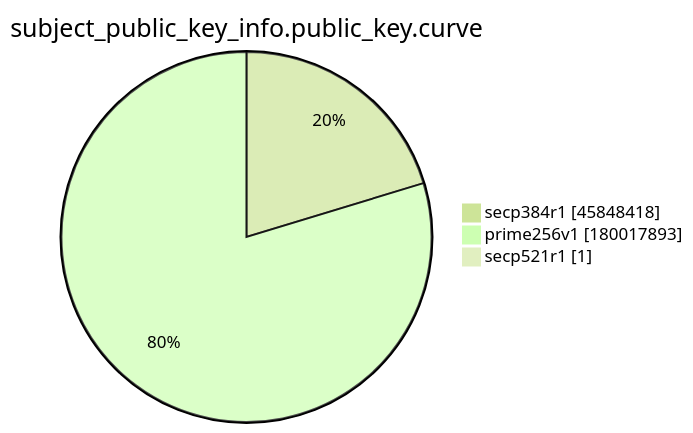
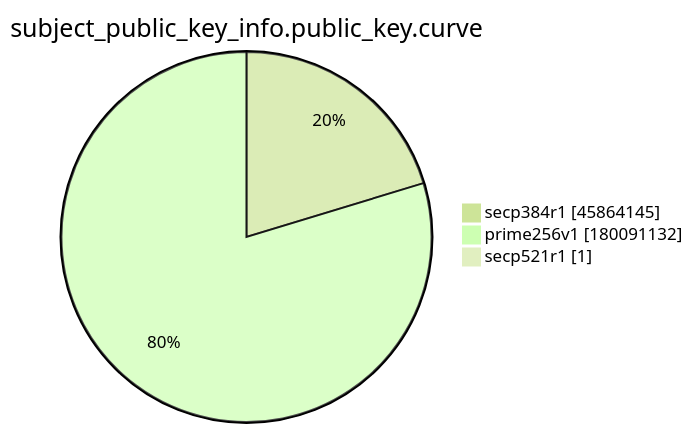
Before and after one commit to christiankrug/ctmonitor_visualization: the ninth of 15 diagrams in xenon2022/README.md, drawn with Mermaid (forest theme). The commit also changed other lines of this file, not shown here.

````diff
--- a/xenon2022/README.md
+++ b/xenon2022/README.md
@@ -2873,7 +2873,7 @@
 ```mermaid
 pie showData
 title subject_public_key_info.public_key.curve
-"secp384r1" :45848418
-"prime256v1" :180017893
+"secp384r1" :45864145
+"prime256v1" :180091132
 "secp521r1" :1
 ```
````
